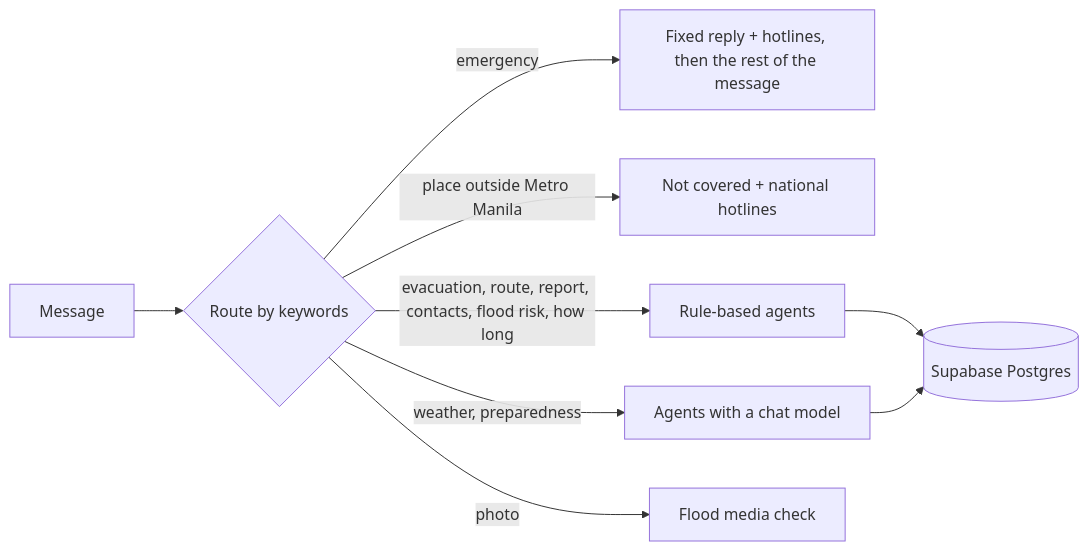
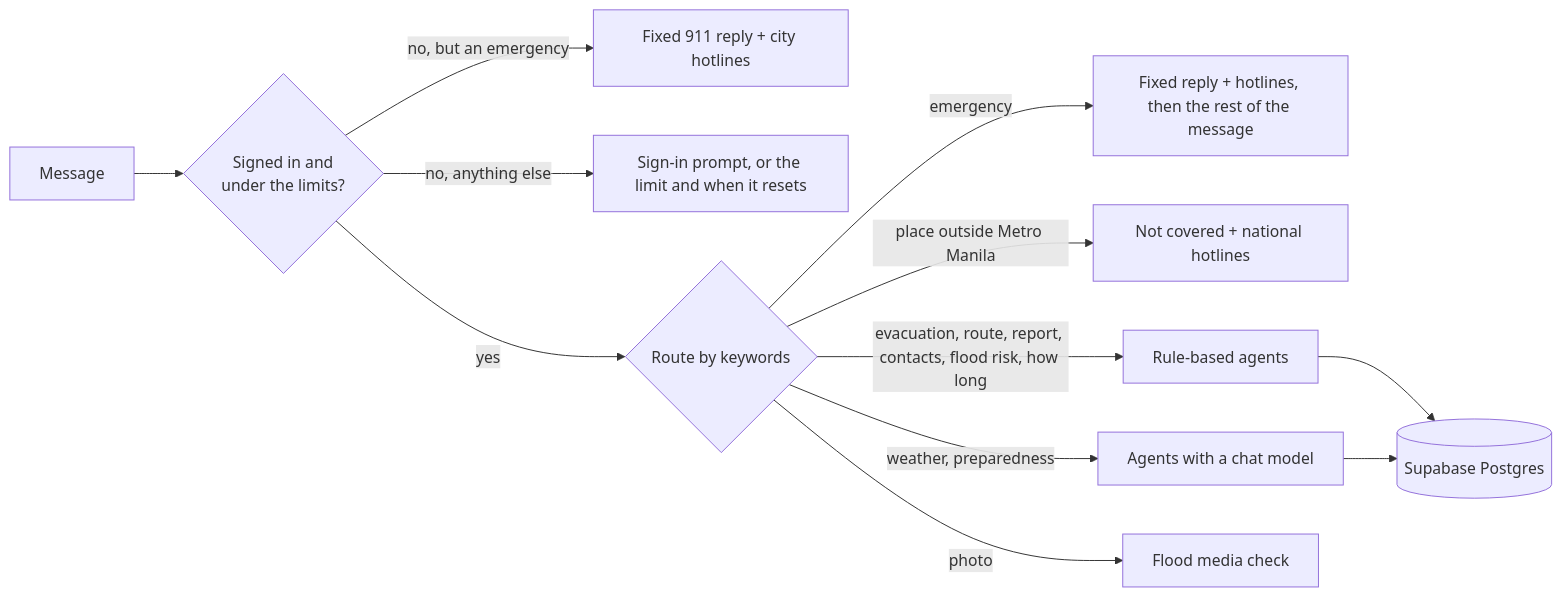
The second of 2 diagrams in README.md (kennethmedes28/Flood-Gentic), drawn with Mermaid before and after one commit. The commit also changed other lines of this file and 9 other files, not shown here.

````diff
--- a/README.md
+++ b/README.md
@@ -139,11 +166,14 @@
 ```mermaid
 flowchart LR
-    M[Message] --> R{Route by keywords}
+    M[Message] --> S{Signed in and<br/>under the limits?}
+    S -->|"no, but an emergency"| F[Fixed 911 reply + city hotlines]
+    S -->|"no, anything else"| X["Sign-in prompt, or the limit and when it resets"]
+    S -->|yes| R{Route by keywords}
     R -->|emergency| E[Fixed reply + hotlines, then the rest of the message]
     R -->|place outside Metro Manila| O[Not covered + national hotlines]
     R -->|evacuation, route, report, contacts, flood risk, how long| A[Rule-based agents]
     R -->|weather, preparedness| L[Agents with a chat model]
     R -->|photo| V[Flood media check]
     A --> D[(Supabase Postgres)]
     L --> D
 ```
````
